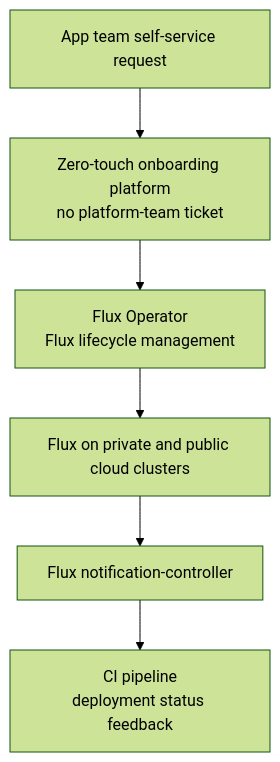
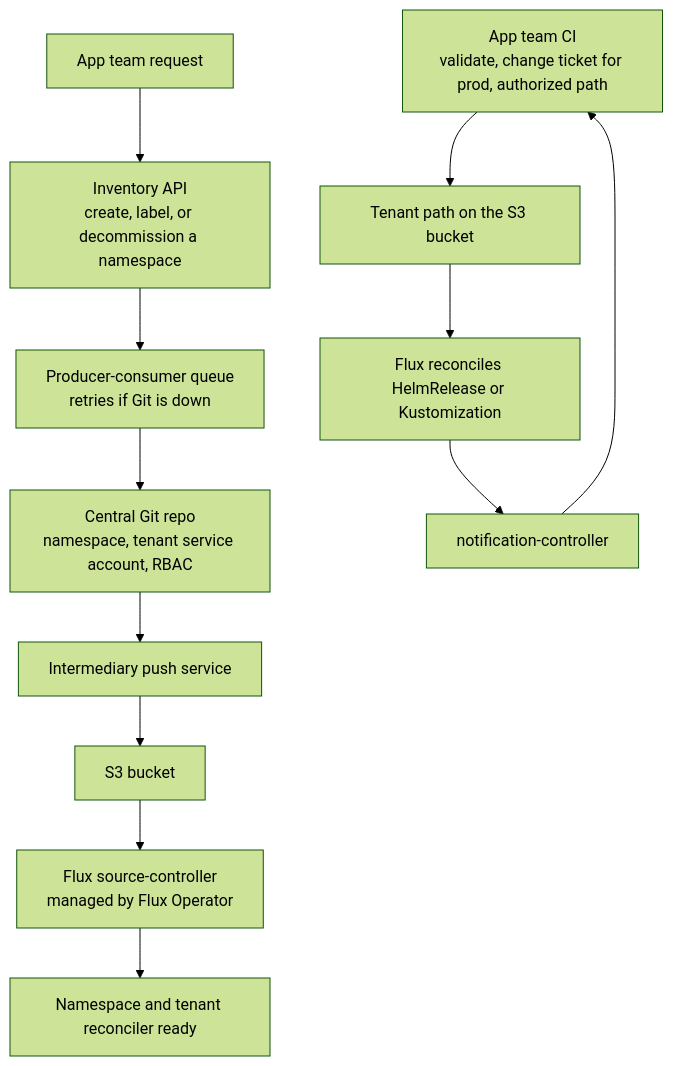
The third of 11 diagrams in day1/README.md (liskl/kubecon-na-2026-notes), drawn with Mermaid (forest theme) before and after one commit. The commit also changed other lines of this file and 11 other files, not shown here.

````diff
--- a/day1/README.md
+++ b/day1/README.md
@@ -177,8 +230,14 @@
 ```mermaid
 flowchart TD
-  Dev["App team self-service request"] --> Plat["Zero-touch onboarding platform<br/>no platform-team ticket"]
-  Plat --> FO["Flux Operator<br/>Flux lifecycle management"]
-  FO --> Clusters["Flux on private and public cloud clusters"]
-  Clusters --> NC["Flux notification-controller"]
-  NC --> CI["CI pipeline<br/>deployment status feedback"]
+  Dev["App team request"] --> Inv["Inventory API<br/>create, label, or decommission a namespace"]
+  Inv --> PQ["Producer-consumer queue<br/>retries if Git is down"]
+  PQ --> Git["Central Git repo<br/>namespace, tenant service account, RBAC"]
+  Git --> Push["Intermediary push service"]
+  Push --> S3["S3 bucket"]
+  S3 --> Flux["Flux source-controller<br/>managed by Flux Operator"]
+  Flux --> NS["Namespace and tenant reconciler ready"]
+  Dev2["App team CI<br/>validate, change ticket for prod, authorized path"] --> S3app["Tenant path on the S3 bucket"]
+  S3app --> Flux2["Flux reconciles HelmRelease or Kustomization"]
+  Flux2 --> NC["notification-controller"]
+  NC --> Dev2
 ```
````
